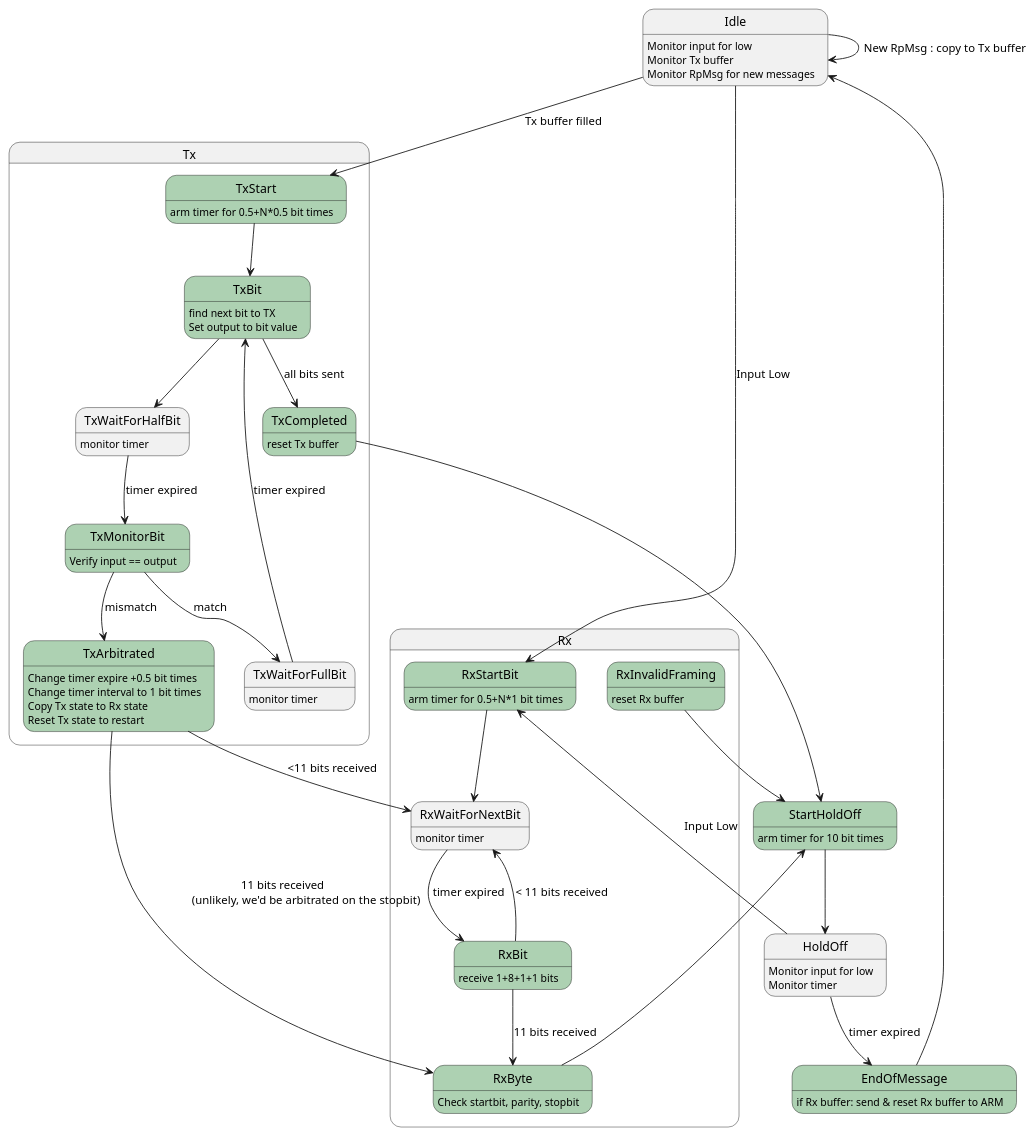
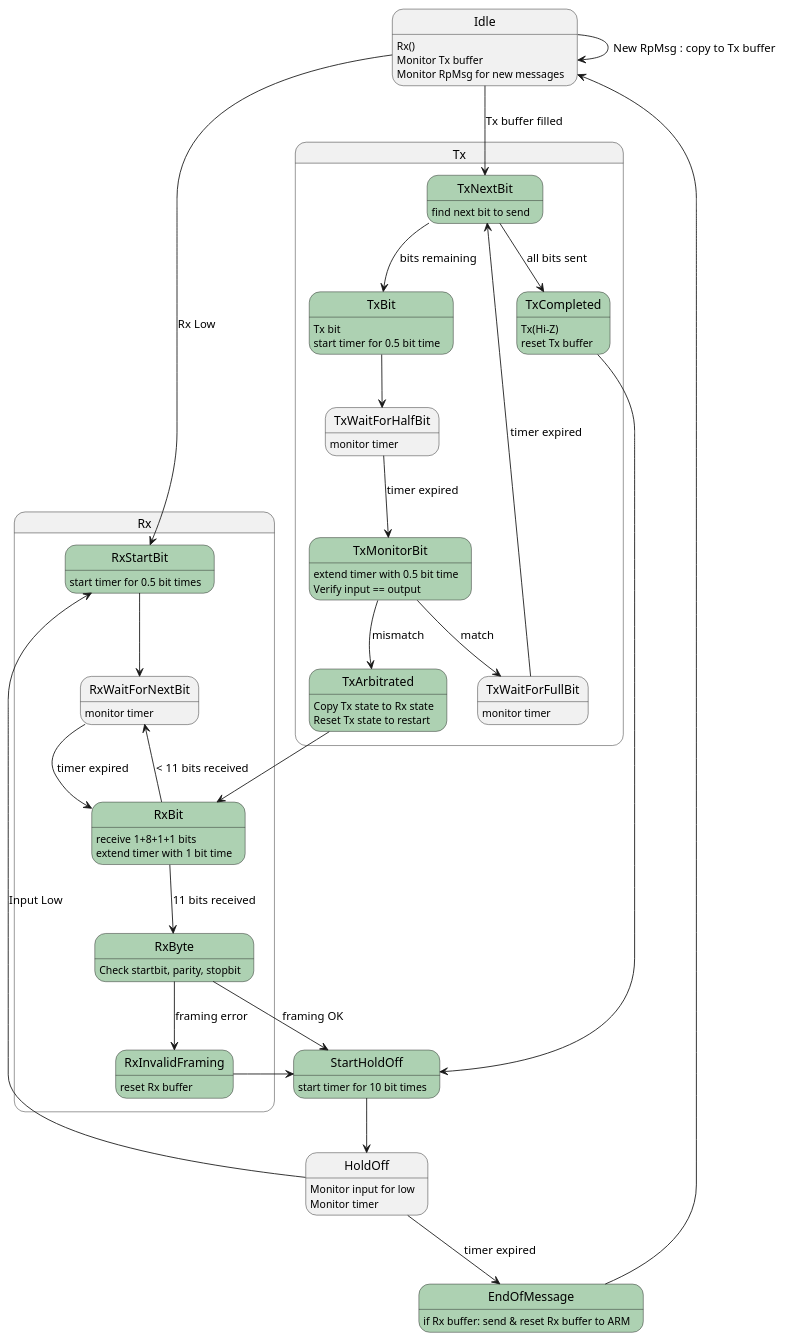
The diagram in elco/doc/state.plantuml (niobos/beaglebone-experiments), drawn with PlantUML before and after one commit. The commit also changed 3 other files, not shown here.

```diff
--- a/elco/doc/state.plantuml
+++ b/elco/doc/state.plantuml
@@ -1,90 +1,90 @@
 @startuml
 
 skinparam stateBackgroundColor<<Once>> #ADD1B2
 
 state Idle
 state StartHoldOff
 state HoldOff
 
 state Rx {
 	state RxStartBit <<Once>>
-	RxStartBit : arm timer for 0.5+N*1 bit times
+	RxStartBit : start timer for 0.5 bit times
 	RxStartBit --> RxWaitForNextBit
 
 	RxWaitForNextBit : monitor timer
 	RxWaitForNextBit --> RxBit : timer expired
 
 	state RxBit <<Once>>
 	RxBit : receive 1+8+1+1 bits
+	RxBit : extend timer with 1 bit time
 	RxBit --> RxByte : 11 bits received
 	RxBit --> RxWaitForNextBit : < 11 bits received
 
 	state RxByte <<Once>>
 	RxByte : Check startbit, parity, stopbit
-	RxByte --> StartHoldOff
+	RxByte --> RxInvalidFraming : framing error
+	RxByte --> StartHoldOff : framing OK
 
 	state RxInvalidFraming <<Once>>
 	RxInvalidFraming : reset Rx buffer
 	RxInvalidFraming --> StartHoldOff
 }
 
 state Tx {
-	state TxStart <<Once>>
-	TxStart : arm timer for 0.5+N*0.5 bit times
-	TxStart --> TxBit
+	state TxNextBit <<Once>>
+	TxNextBit : find next bit to send
+	TxNextBit --> TxBit : bits remaining
+	TxNextBit --> TxCompleted : all bits sent
 
 	state TxBit <<Once>>
-	TxBit : find next bit to TX
-	TxBit --> TxCompleted : all bits sent
-	TxBit : Set output to bit value
+	TxBit : Tx bit
+	TxBit : start timer for 0.5 bit time
 	TxBit --> TxWaitForHalfBit
 
 	TxWaitForHalfBit : monitor timer
 	TxWaitForHalfBit --> TxMonitorBit : timer expired
 
 	state TxMonitorBit <<Once>>
+	TxMonitorBit : extend timer with 0.5 bit time
 	TxMonitorBit : Verify input == output
 	TxMonitorBit --> TxWaitForFullBit : match
 	TxMonitorBit --> TxArbitrated : mismatch
 
+	TxWaitForFullBit : monitor timer
+	TxWaitForFullBit -u-> TxNextBit : timer expired
+
+	state TxCompleted <<Once>>
+	TxCompleted : Tx(Hi-Z)
+	TxCompleted : reset Tx buffer
+	TxCompleted --> StartHoldOff
+
 	state TxArbitrated <<Once>>
-	TxArbitrated: Change timer expire +0.5 bit times
-	TxArbitrated: Change timer interval to 1 bit times
 	TxArbitrated: Copy Tx state to Rx state
 	TxArbitrated: Reset Tx state to restart
-	TxArbitrated --> RxWaitForNextBit : <11 bits received
-	TxArbitrated --> RxByte : 11 bits received\n\
-		(unlikely, we'd be arbitrated on the stopbit)
-
-	TxWaitForFullBit : monitor timer
-	TxWaitForFullBit -u-> TxBit : timer expired
-
-	state TxCompleted <<Once>>
-	TxCompleted : reset Tx buffer
-	TxCompleted --> StartHoldOff
+	TxArbitrated --> RxBit
 }
 
 ' Idle needs to be defined after the Rx/Tx composite state,
 ' otherwise the StartBitReceived gets rendered outside of the composite state
 
-Idle : Monitor input for low
-Idle --> RxStartBit : Input Low
+Idle : Rx()
+Idle --> RxStartBit : Rx Low
 Idle : Monitor Tx buffer
-Idle --> TxStart : Tx buffer filled
+Idle --> TxNextBit : Tx buffer filled
 Idle : Monitor RpMsg for new messages
 Idle --> Idle : New RpMsg : copy to Tx buffer
 
 state StartHoldOff <<Once>>
-StartHoldOff : arm timer for 10 bit times
+StartHoldOff : start timer for 10 bit times
 StartHoldOff --> HoldOff
 
 HoldOff : Monitor input for low
 HoldOff --> RxStartBit : Input Low
 HoldOff : Monitor timer
 HoldOff --> EndOfMessage : timer expired
 
 state EndOfMessage <<Once>>
 EndOfMessage : if Rx buffer: send & reset Rx buffer to ARM
 EndOfMessage -u-> Idle
 
 @enduml
```
